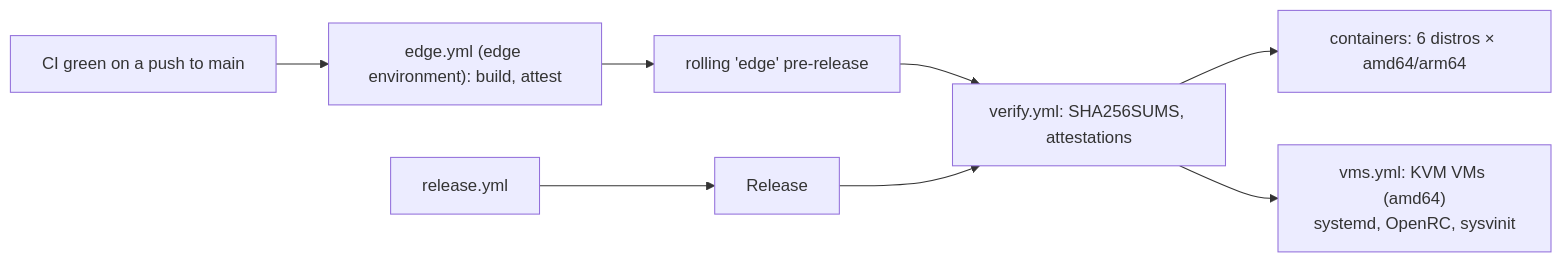
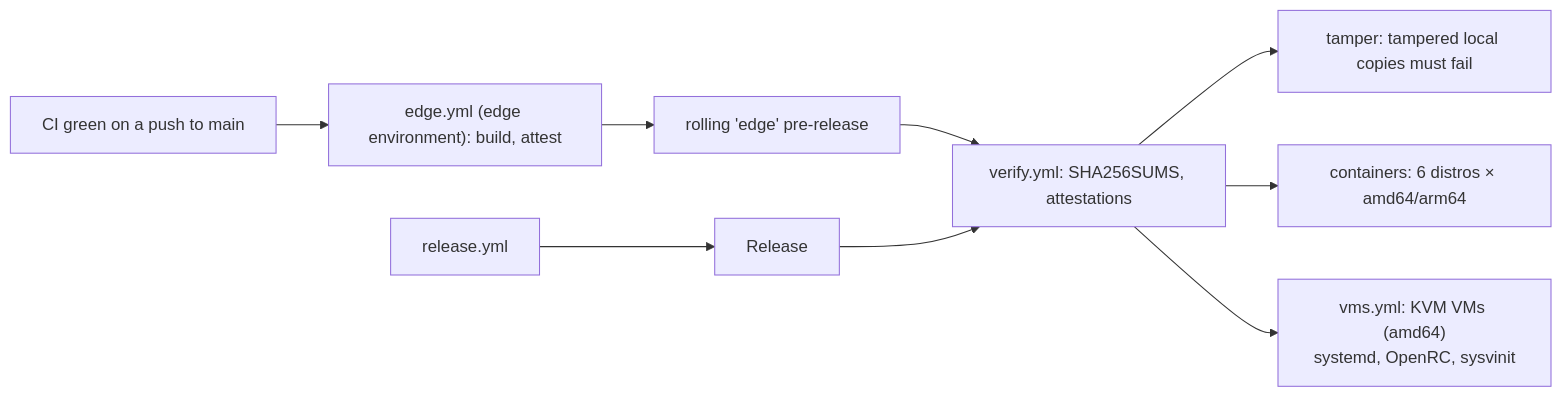
Before and after one commit to jiegui2025/hwspec: the fifth of 5 diagrams in CONTRIBUTING.md, drawn with Mermaid. The commit also changed other lines of this file and 6 other files, not shown here.

````diff
--- a/CONTRIBUTING.md
+++ b/CONTRIBUTING.md
@@ -163,9 +165,10 @@
 ```mermaid
 flowchart LR
   ci["CI green on a push to main"] --> edge["edge.yml (edge environment): build, attest"] --> pre["rolling 'edge' pre-release"]
   tag[release.yml] --> rel[Release]
   pre --> verify
   rel --> verify["verify.yml: SHA256SUMS, attestations"]
+  verify --> tamper["tamper: tampered local copies must fail"]
   verify --> ctr["containers: 6 distros × amd64/arm64"]
   verify --> vms["vms.yml: KVM VMs (amd64)<br/>systemd, OpenRC, sysvinit"]
 ```
````
